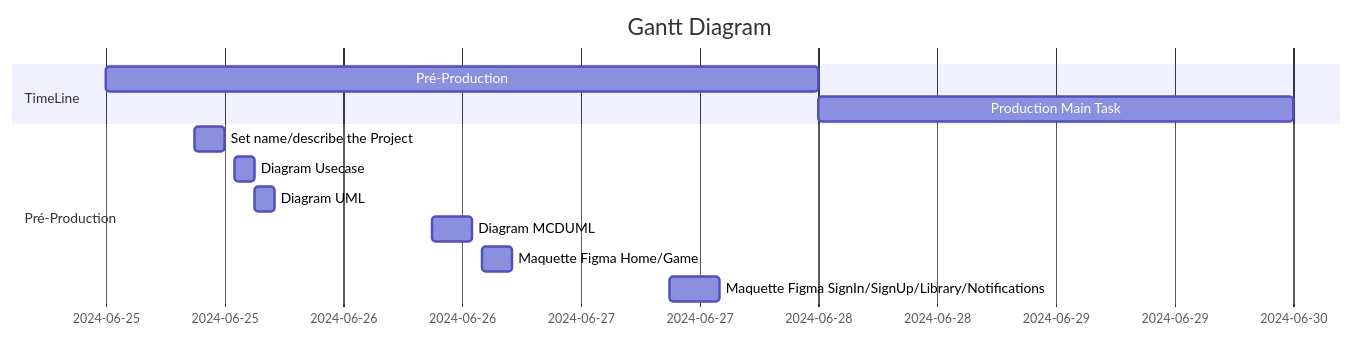
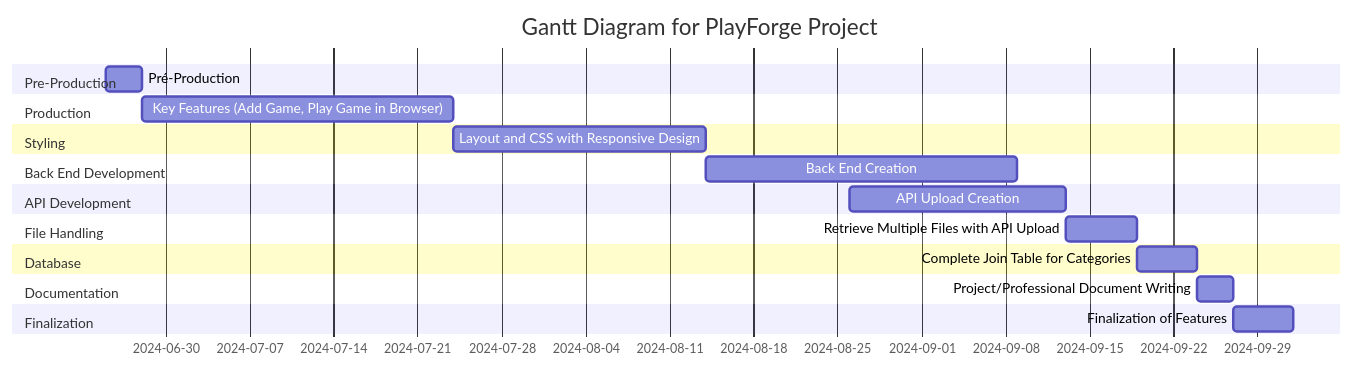
The first of 2 diagrams in README.md (JameS-Gmz/api-Rest), drawn with Mermaid before and after one commit.

`````diff
--- a/README.md
+++ b/README.md
@@ -59,15 +59,24 @@
 ```mermaid
 gantt
-    title Gantt Diagram
+    title Gantt Diagram for PlayForge Project
     dateFormat YYYY-MM-DD
-    section TimeLine
-        Pré-Production   :a1, 2024-06-25, 3d
-        Production Main Task : 2024-06-28, 2d
-    section Pré-Production
-        Set name/describe the Project :2024-06-25 9:00, 3h
-        Diagram Usecase  : 2024-06-25 13:00, 2h
-        Diagram UML : 2024-06-25 15:00, 2h
-        Diagram MCDUML : 2024-06-26 9:00, 4h
-        Maquette Figma Home/Game : 2024-06-26 14:00, 3h
-        Maquette Figma SignIn/SignUp/Library/Notifications : 2024-06-27 9:00, 5h
+    section Pre-Production
+    Pré-Production                   :a1, 2024-06-25, 3d
+    section Production
+    Key Features (Add Game, Play Game in Browser) :a2, 2024-06-28, 26d
+    section Styling
+    Layout and CSS with Responsive Design         :a3, 2024-07-24, 21d
+    section Back End Development
+    Back End Creation                :a4, 2024-08-14, 26d
+    section API Development
+    API Upload Creation              :a5, 2024-08-26, 18d
+    section File Handling
+    Retrieve Multiple Files with API Upload :a6, 2024-09-13, 6d
+    section Database
+    Complete Join Table for Categories :a7, 2024-09-19, 5d
+    section Documentation
+    Project/Professional Document Writing :a8, 2024-09-24, 3d
+    section Finalization
+    Finalization of Features         :a9, 2024-09-27, 5d
+
 ````
`````
